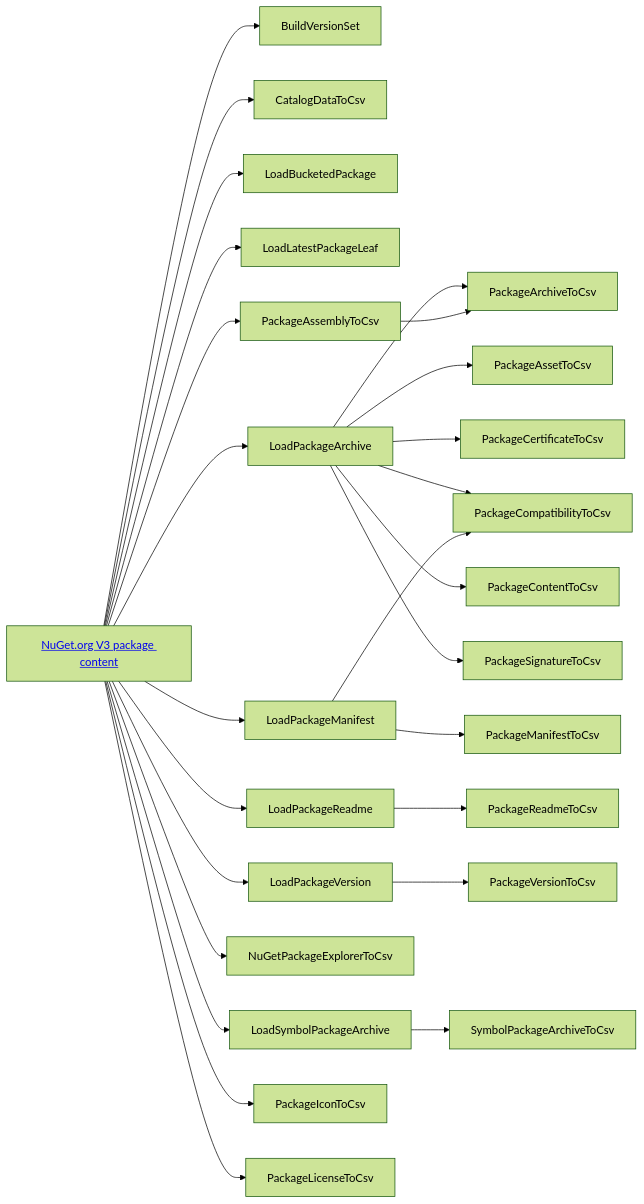
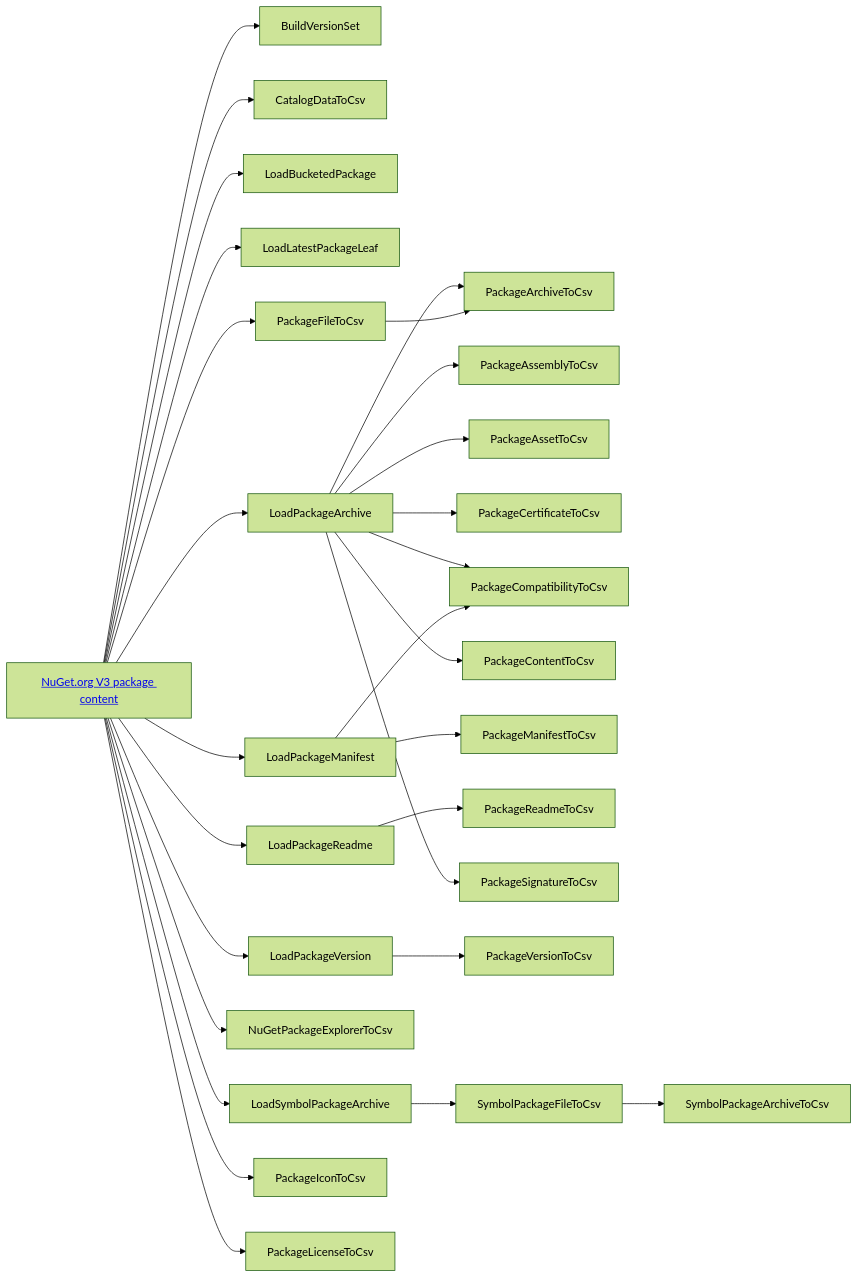
One commit to NuGet/Insights changed the diagram in docs/drivers/README.md. Above: the diagram before and after it, drawn with Mermaid (forest theme). The commit also changed other lines of this file and 87 other files, not shown here.

First line of the commit message:
Add PackageFileToCsv and SymbolPackageFileToCsv

````diff
--- a/docs/drivers/README.md
+++ b/docs/drivers/README.md
@@ -61,29 +63,31 @@
 ```mermaid
 flowchart LR
     FlatContainer[<a href='https://learn.microsoft.com/en-us/nuget/api/package-base-address-resource'>NuGet.org V3 package content</a>]
     FlatContainer --> BuildVersionSet
     FlatContainer --> CatalogDataToCsv
     FlatContainer --> LoadBucketedPackage
     FlatContainer --> LoadLatestPackageLeaf
     FlatContainer --> LoadPackageArchive
     FlatContainer --> LoadPackageManifest
     FlatContainer --> LoadPackageReadme
     FlatContainer --> LoadPackageVersion
     FlatContainer --> LoadSymbolPackageArchive
     FlatContainer --> NuGetPackageExplorerToCsv
     LoadPackageArchive --> PackageArchiveToCsv
-    PackageAssemblyToCsv --> PackageArchiveToCsv
-    FlatContainer --> PackageAssemblyToCsv
+    PackageFileToCsv --> PackageArchiveToCsv
+    LoadPackageArchive --> PackageAssemblyToCsv
     LoadPackageArchive --> PackageAssetToCsv
     LoadPackageArchive --> PackageCertificateToCsv
     LoadPackageArchive --> PackageCompatibilityToCsv
     LoadPackageManifest --> PackageCompatibilityToCsv
     LoadPackageArchive --> PackageContentToCsv
+    FlatContainer --> PackageFileToCsv
     FlatContainer --> PackageIconToCsv
     FlatContainer --> PackageLicenseToCsv
     LoadPackageManifest --> PackageManifestToCsv
     LoadPackageReadme --> PackageReadmeToCsv
     LoadPackageArchive --> PackageSignatureToCsv
     LoadPackageVersion --> PackageVersionToCsv
-    LoadSymbolPackageArchive --> SymbolPackageArchiveToCsv
+    SymbolPackageFileToCsv --> SymbolPackageArchiveToCsv
+    LoadSymbolPackageArchive --> SymbolPackageFileToCsv
 ```
````
